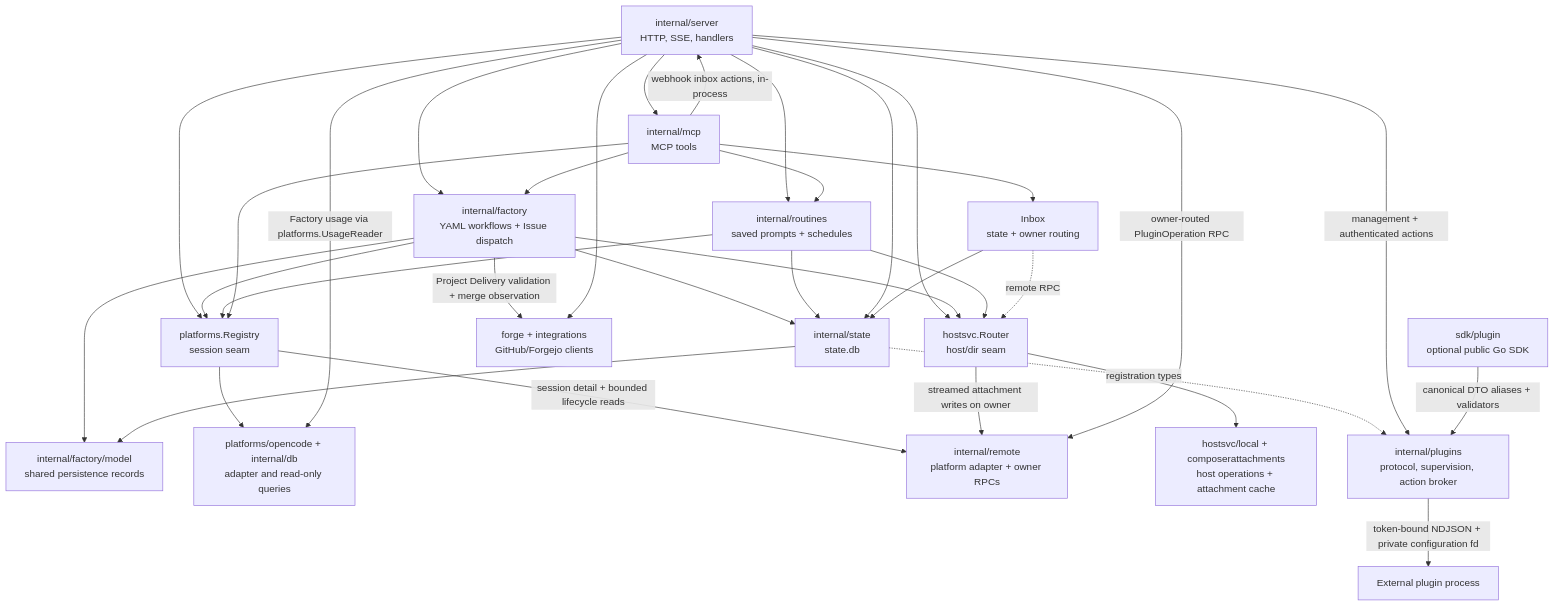
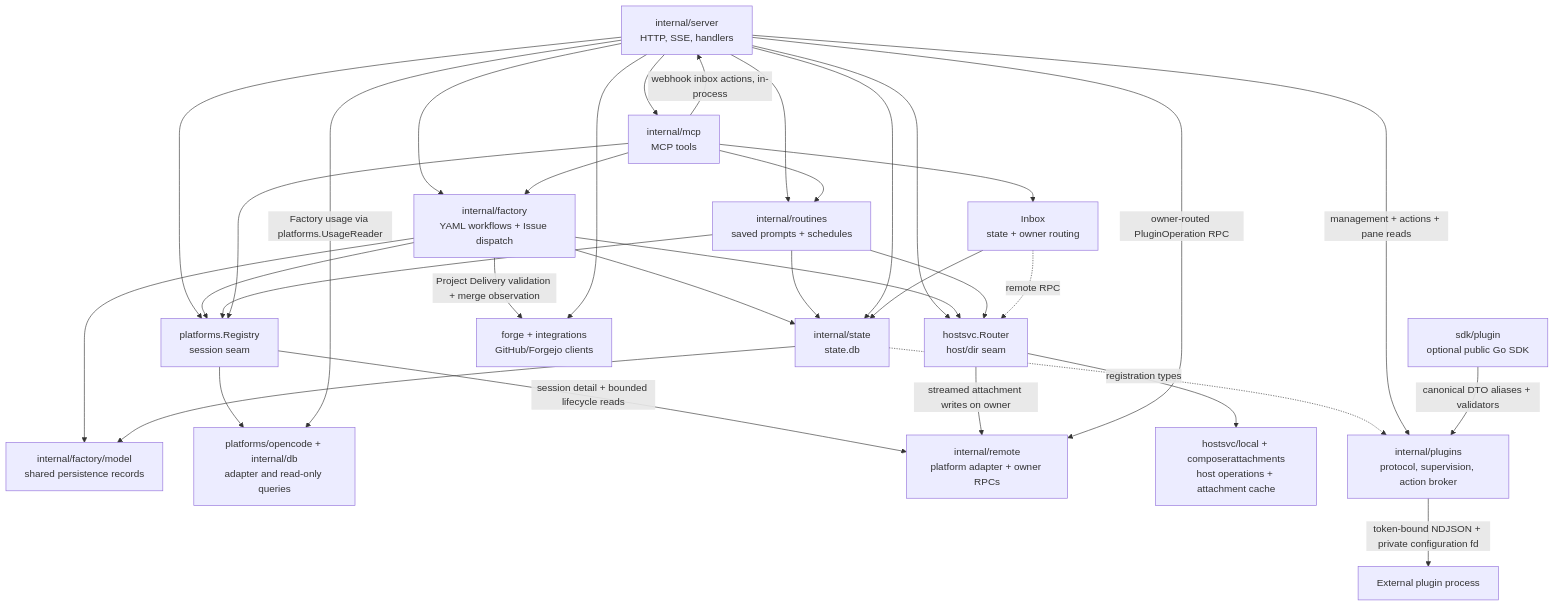
One commit to ocman/ocman changed the third of 5 diagrams in docs/other/architecture.md. Above: the diagram before and after it, drawn with Mermaid. The commit also changed other lines of this file and 65 other files, not shown here.

````diff
--- a/docs/other/architecture.md
+++ b/docs/other/architecture.md
@@ -144,36 +145,36 @@
 ```mermaid
 flowchart TD
     Server[internal/server<br/>HTTP, SSE, handlers] --> Registry[platforms.Registry<br/>session seam]
     Server --> Router[hostsvc.Router<br/>host/dir seam]
     Server --> Routines[internal/routines<br/>saved prompts + schedules]
     Server --> Factory[internal/factory<br/>YAML workflows + Issue dispatch]
     Factory --> FactoryModel[internal/factory/model<br/>shared persistence records]
     Factory --> State
     State --> FactoryModel
     Factory --> Registry
     Factory --> Router
     Factory -->|Project Delivery validation + merge observation| Forge
     Routines --> Registry
     Routines --> Router
     Routines --> State
     Server --> MCP[internal/mcp<br/>MCP tools]
     MCP --> Factory
     MCP --> Inbox[Inbox<br/>state + owner routing]
     MCP --> Routines
     MCP -->|webhook inbox actions, in-process| Server
     MCP --> Registry
     Registry --> OC[platforms/opencode + internal/db<br/>adapter and read-only queries]
     Server -->|Factory usage via platforms.UsageReader| OC
     Registry -->|session detail + bounded lifecycle reads| RP[internal/remote<br/>platform adapter + owner RPCs]
     Router --> Local[hostsvc/local + composerattachments<br/>host operations + attachment cache]
     Router -->|streamed attachment writes on owner| RP
     Server --> State[internal/state<br/>state.db]
     Inbox --> State
     Inbox -.->|remote RPC| Router
     Server --> Forge[forge + integrations<br/>GitHub/Forgejo clients]
     State -.->|registration types| Plugins[internal/plugins<br/>protocol, supervision, action broker]
-    Server -->|management + authenticated actions| Plugins
+    Server -->|management + actions + pane reads| Plugins
     Plugins -->|token-bound NDJSON + private configuration fd| PluginExec[External plugin process]
     Server -->|owner-routed PluginOperation RPC| RP
     PluginSDK[sdk/plugin<br/>optional public Go SDK] -->|canonical DTO aliases + validators| Plugins
 ```
````
